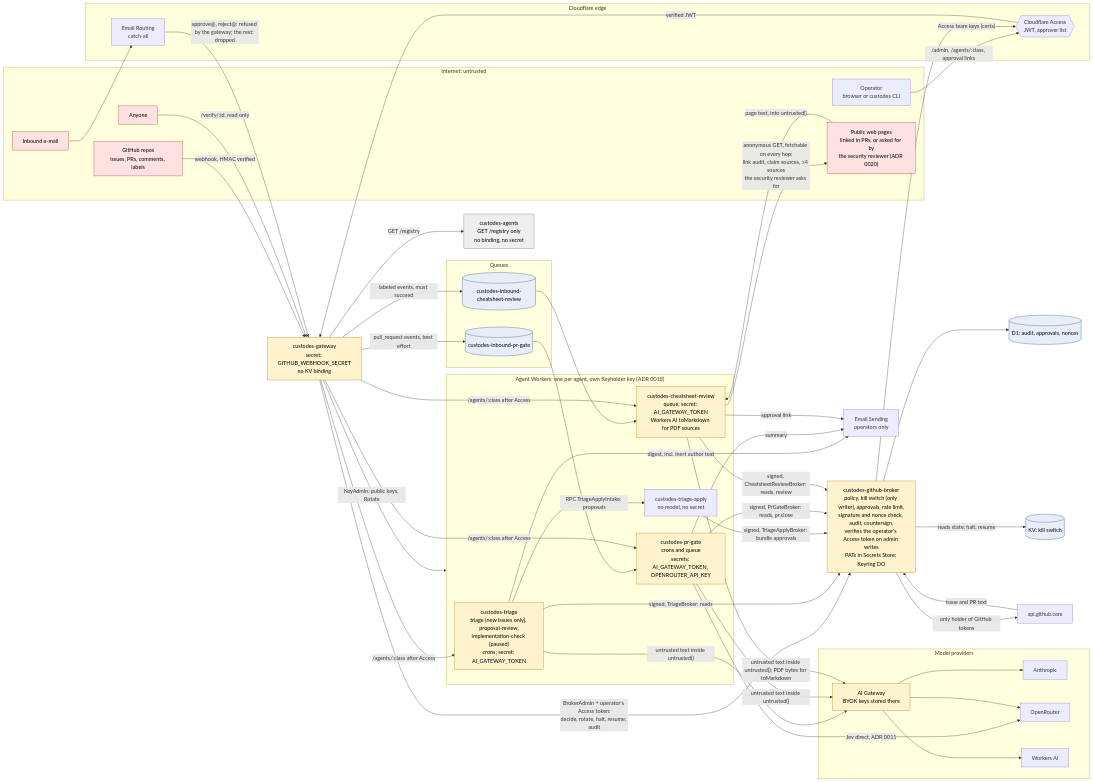
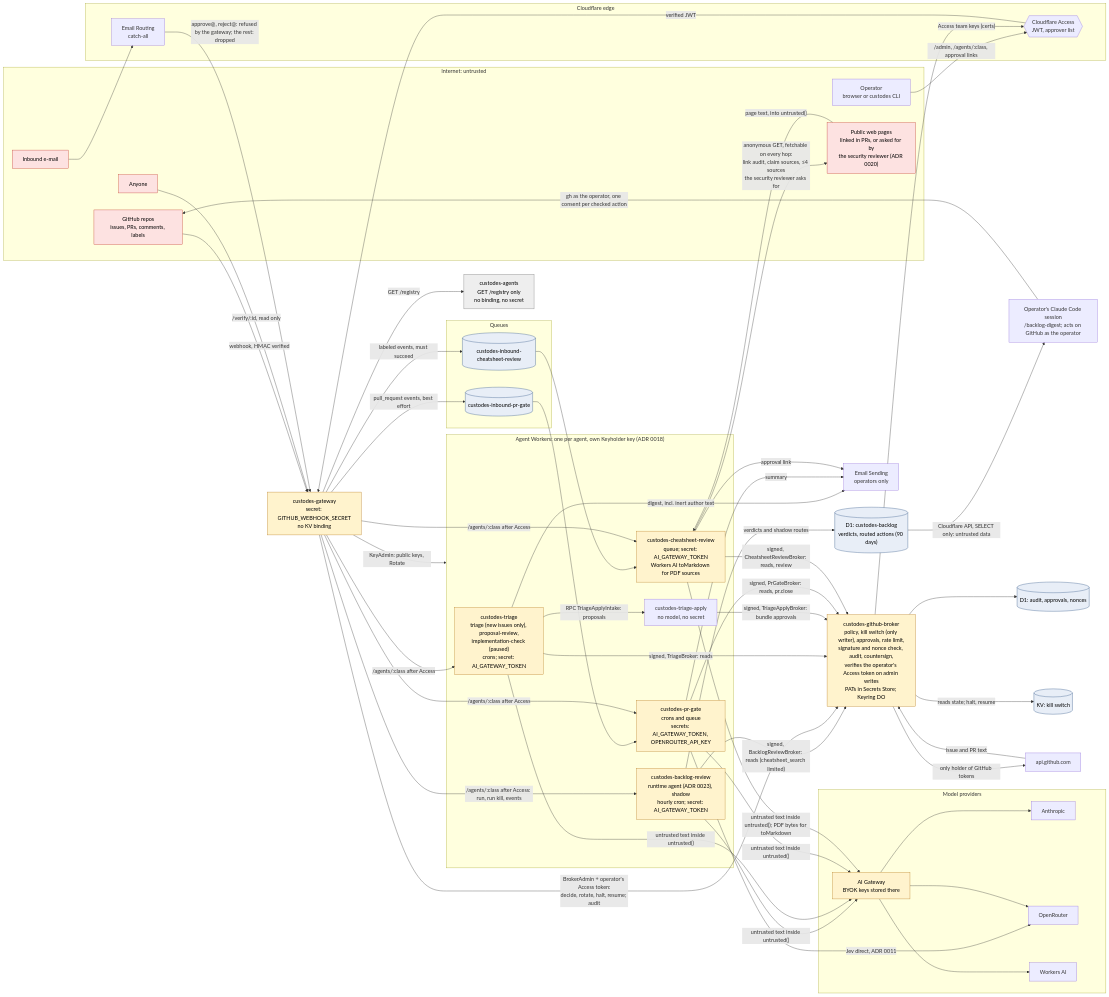
The diagram in docs/architecture/data-flow.md (mackowski/custodes), drawn with Mermaid before and after one commit. The commit also changed other lines of this file and 9 other files, not shown here.

First line of the commit message:
feat(backlog-review): /backlog-digest skill with the action gate; docs and data flow (#132)

```diff
--- a/docs/architecture/data-flow.md
+++ b/docs/architecture/data-flow.md
@@ -54,7 +60,11 @@
     TAP["custodes-triage-apply<br/>no model, no secret"]
     PRG["custodes-pr-gate<br/>crons and queue<br/>secrets: AI_GATEWAY_TOKEN, OPENROUTER_API_KEY"]:::secret
     CSR["custodes-cheatsheet-review<br/>queue; secret: AI_GATEWAY_TOKEN<br/>Workers AI toMarkdown for PDF sources"]:::secret
+    BLR["custodes-backlog-review<br/>runtime agent (ADR 0023), shadow<br/>hourly cron; secret: AI_GATEWAY_TOKEN"]:::secret
   end
+
+  BLD[("D1: custodes-backlog<br/>verdicts, routed actions (90 days)")]:::store
+  SESS["Operator's Claude Code session<br/>/backlog-digest; acts on GitHub as the operator"]
 
   REG["custodes-agents<br/>GET /registry only<br/>no binding, no secret"]:::noauth
 
@@ -83,6 +93,12 @@
   GW -- "/agents/:class after Access" --> TRI
   GW -- "/agents/:class after Access" --> PRG
   GW -- "/agents/:class after Access" --> CSR
+  GW -- "/agents/:class after Access: run, run kill, events" --> BLR
+  BLR -- "signed, BacklogReviewBroker: reads (cheatsheet_search limited)" --> BR
+  BLR -- "untrusted text inside untrusted()" --> AIG
+  BLR -- "verdicts and shadow routes" --> BLD
+  BLD -- "Cloudflare API, SELECT only: untrusted data" --> SESS
+  SESS -- "gh as the operator, one consent per checked action" --> GH
   GW -- "KeyAdmin: public keys, Rotate" --> AGENTS
   GW -- "GET /registry" --> REG
   GW -- "BrokerAdmin + operator's Access token:<br/>decide, rotate, halt, resume; audit" --> BR
```
